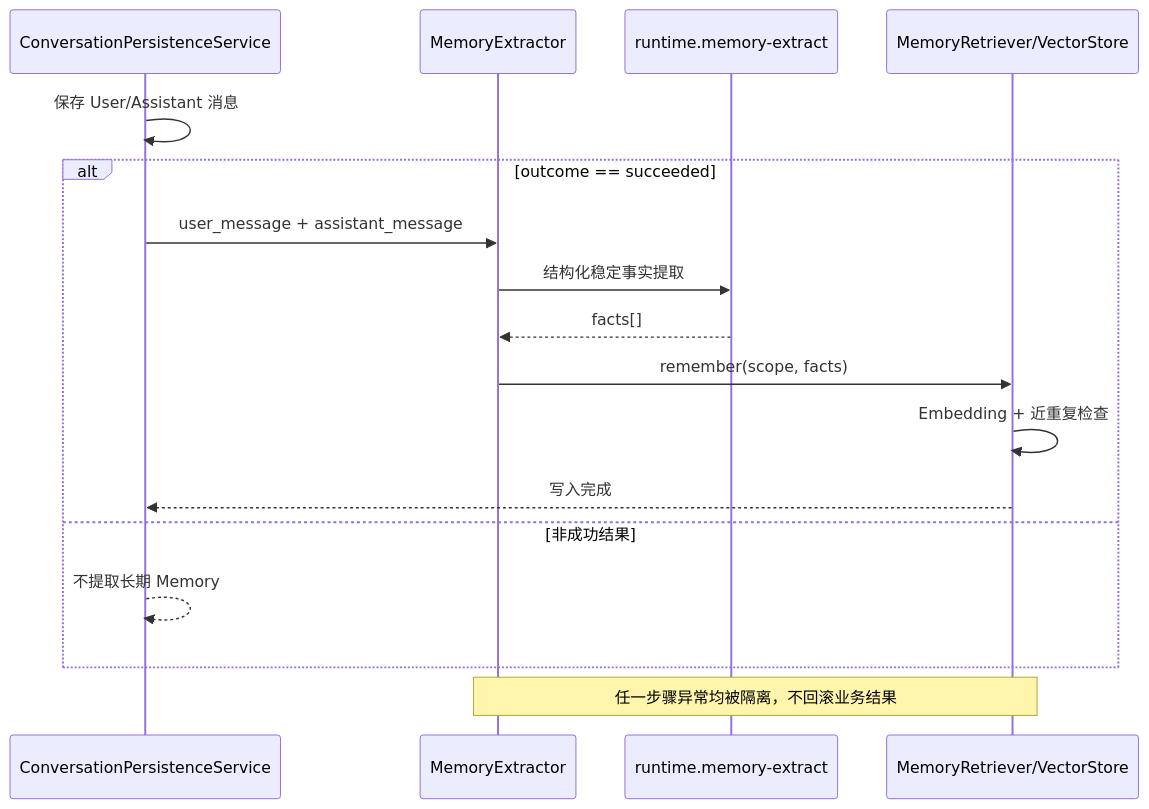
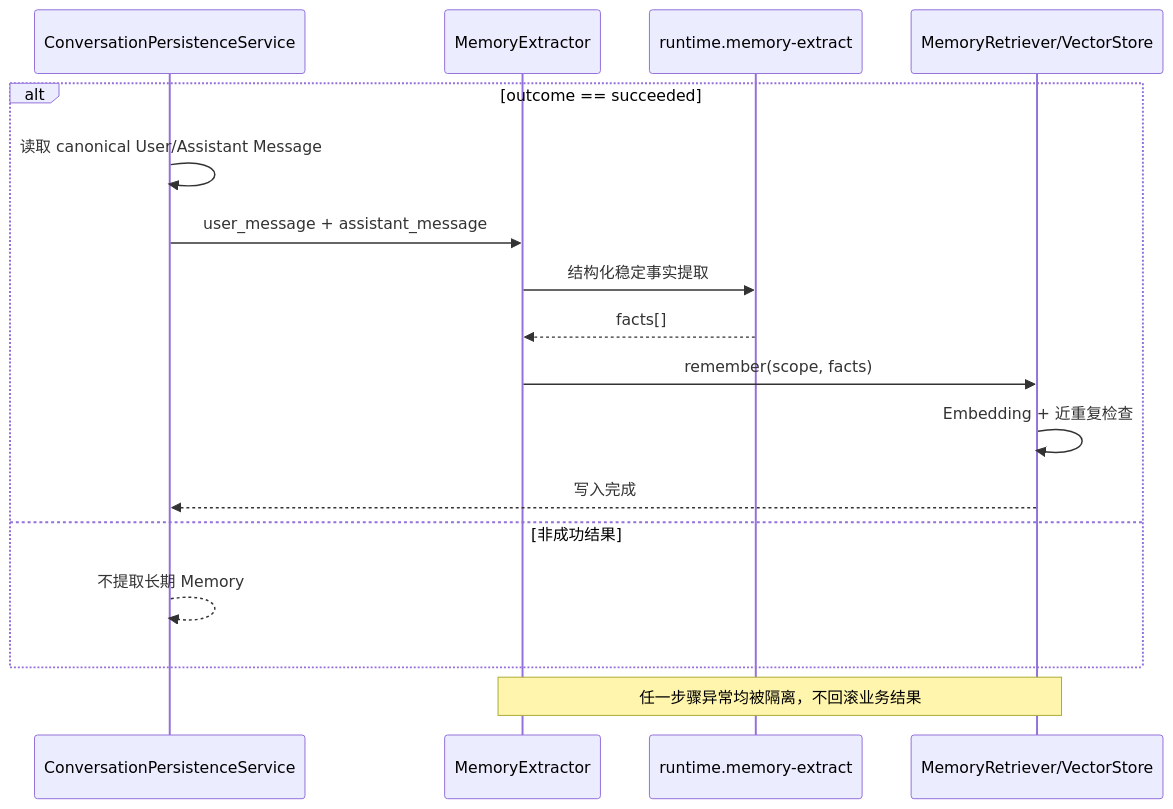
The third of 5 diagrams in docs/framework/06_MEMORY_AND_RAG.md (leo-cai-ai/agentkit), drawn with Mermaid before and after one commit. The commit also changed other lines of this file and 19 other files, not shown here.

````diff
--- a/docs/framework/06_MEMORY_AND_RAG.md
+++ b/docs/framework/06_MEMORY_AND_RAG.md
@@ -137,20 +140,20 @@
 ```mermaid
 sequenceDiagram
     participant P as ConversationPersistenceService
     participant E as MemoryExtractor
     participant C as runtime.memory-extract
     participant V as MemoryRetriever/VectorStore
 
-    P->>P: 保存 User/Assistant 消息
     alt outcome == succeeded
+        P->>P: 读取 canonical User/Assistant Message
         P->>E: user_message + assistant_message
         E->>C: 结构化稳定事实提取
         C-->>E: facts[]
         E->>V: remember(scope, facts)
         V->>V: Embedding + 近重复检查
         V-->>P: 写入完成
     else 非成功结果
         P-->>P: 不提取长期 Memory
     end
     Note over E,V: 任一步骤异常均被隔离，不回滚业务结果
 ```
````
